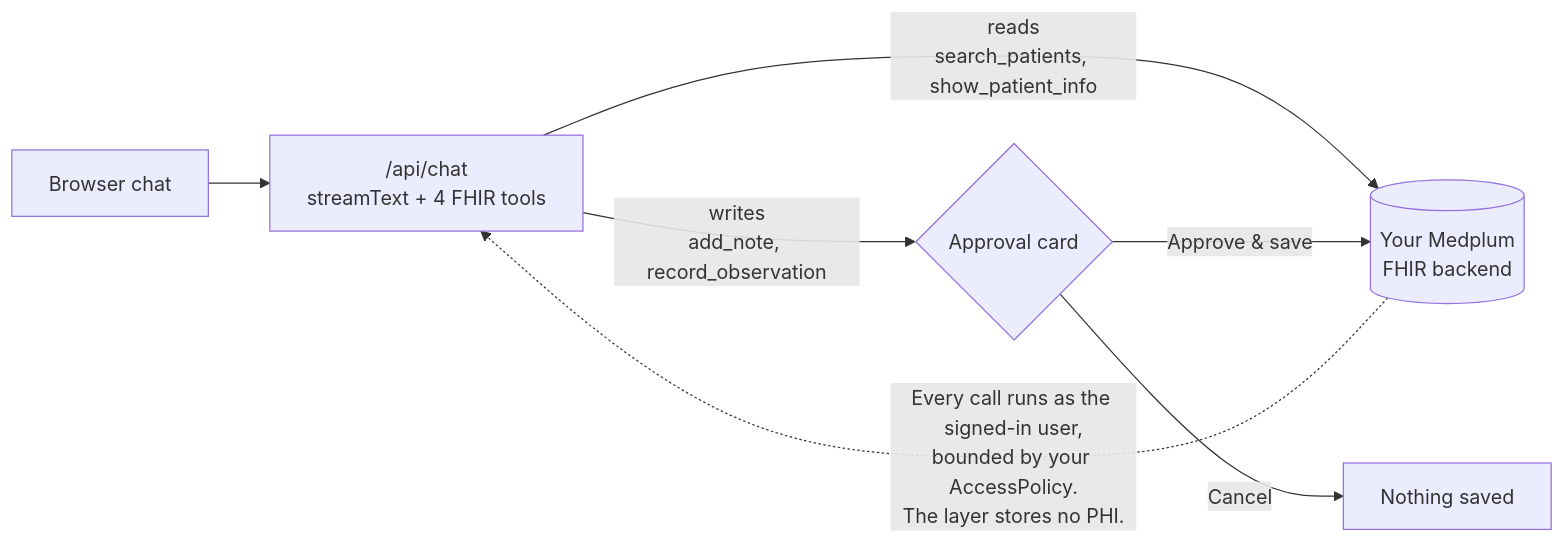
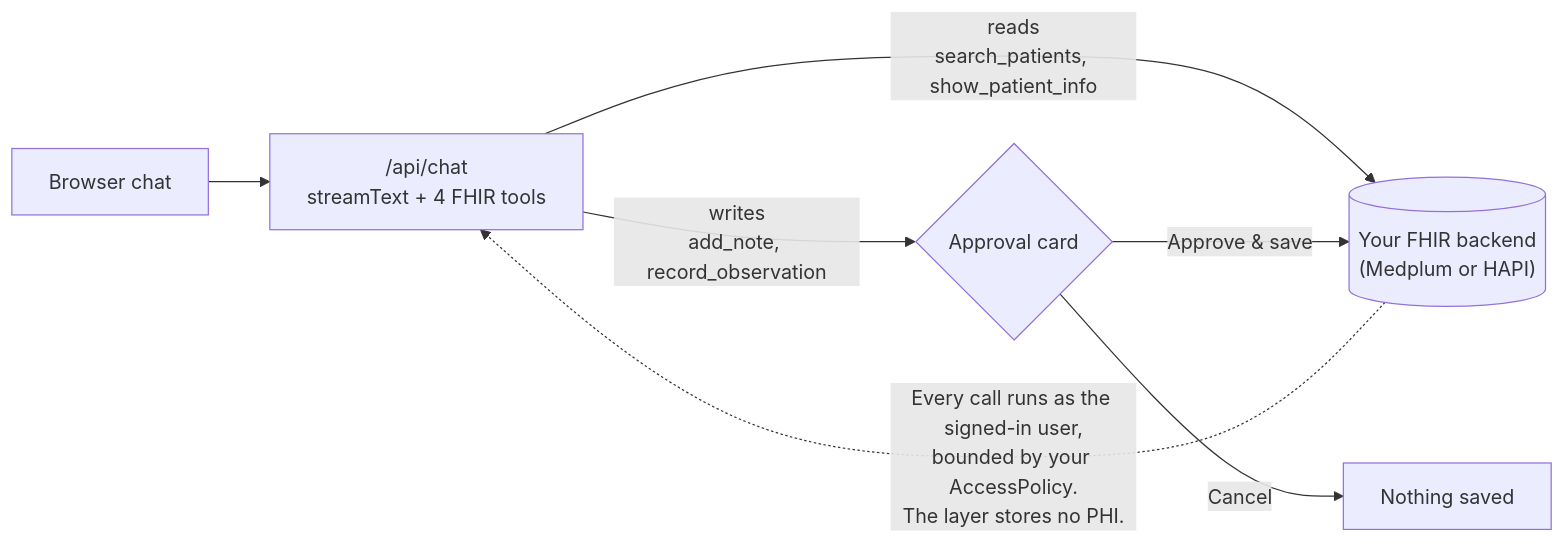
The diagram in README.md (cbetz/last-ehr), drawn with Mermaid before and after one commit. The commit also changed other lines of this file and 5 other files, not shown here.

````diff
--- a/README.md
+++ b/README.md
@@ -31,9 +31,9 @@
 ```mermaid
 flowchart LR
     B["Browser chat"] --> A["/api/chat<br/>streamText + 4 FHIR tools"]
-    A -- "reads<br/>search_patients, show_patient_info" --> M[("Your Medplum<br/>FHIR backend")]
+    A -- "reads<br/>search_patients, show_patient_info" --> M[("Your FHIR backend<br/>(Medplum or HAPI)")]
     A -- "writes<br/>add_note, record_observation" --> C{"Approval card"}
     C -- "Approve & save" --> M
     C -- "Cancel" --> N["Nothing saved"]
     M -. "Every call runs as the signed-in user,<br/>bounded by your AccessPolicy.<br/>The layer stores no PHI." .-> A
 ```
````
